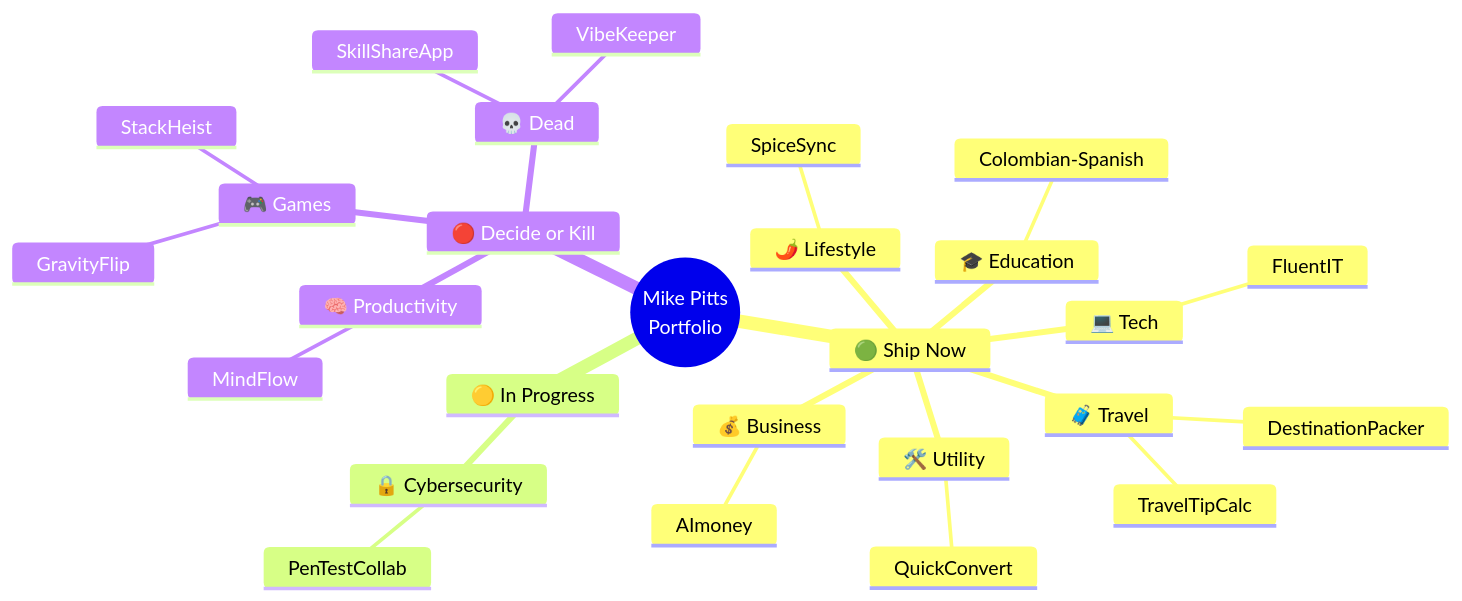
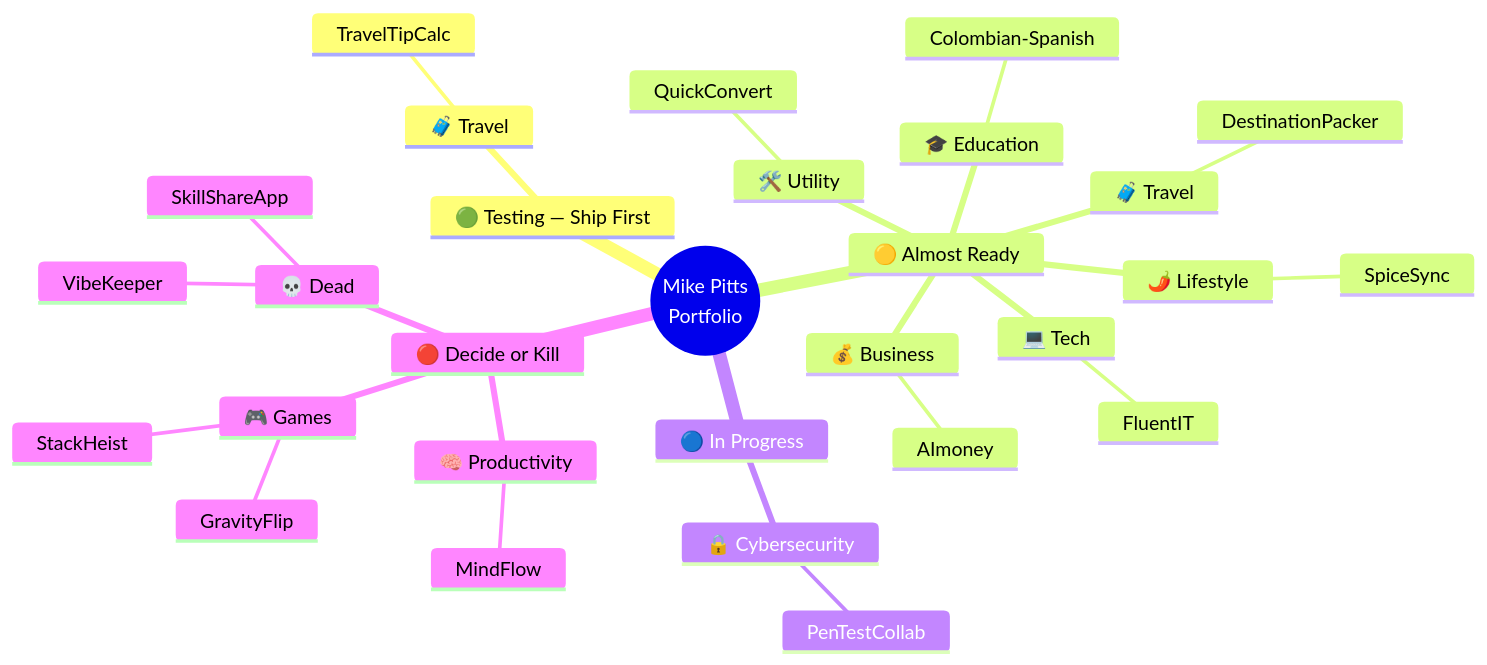
Before and after one commit to mikepitts25/VibeKeeper: the first of 5 diagrams in projects-visual-tree.md, drawn with Mermaid. The commit also changed other lines of this file and 1 other file, not shown here.

First line of the commit message:
Update: TravelTipCalc promoted to TESTING — Ship First

````diff
--- a/projects-visual-tree.md
+++ b/projects-visual-tree.md
@@ -5,30 +5,32 @@
 ```mermaid
 mindmap
   root((Mike Pitts<br/>Portfolio))
-    🟢 Ship Now
+    🟢 Testing — Ship First
+      🧳 Travel
+        TravelTipCalc
+    🟡 Almost Ready
       🧳 Travel
         DestinationPacker
-        TravelTipCalc
       🎓 Education
         Colombian-Spanish
       💻 Tech
         FluentIT
       🛠️ Utility
         QuickConvert
       🌶️ Lifestyle
         SpiceSync
       💰 Business
         AImoney
-    🟡 In Progress
+    🔵 In Progress
       🔒 Cybersecurity
         PenTestCollab
     🔴 Decide or Kill
       🧠 Productivity
         MindFlow
       🎮 Games
         GravityFlip
         StackHeist
       💀 Dead
         VibeKeeper
         SkillShareApp
 ```
````
